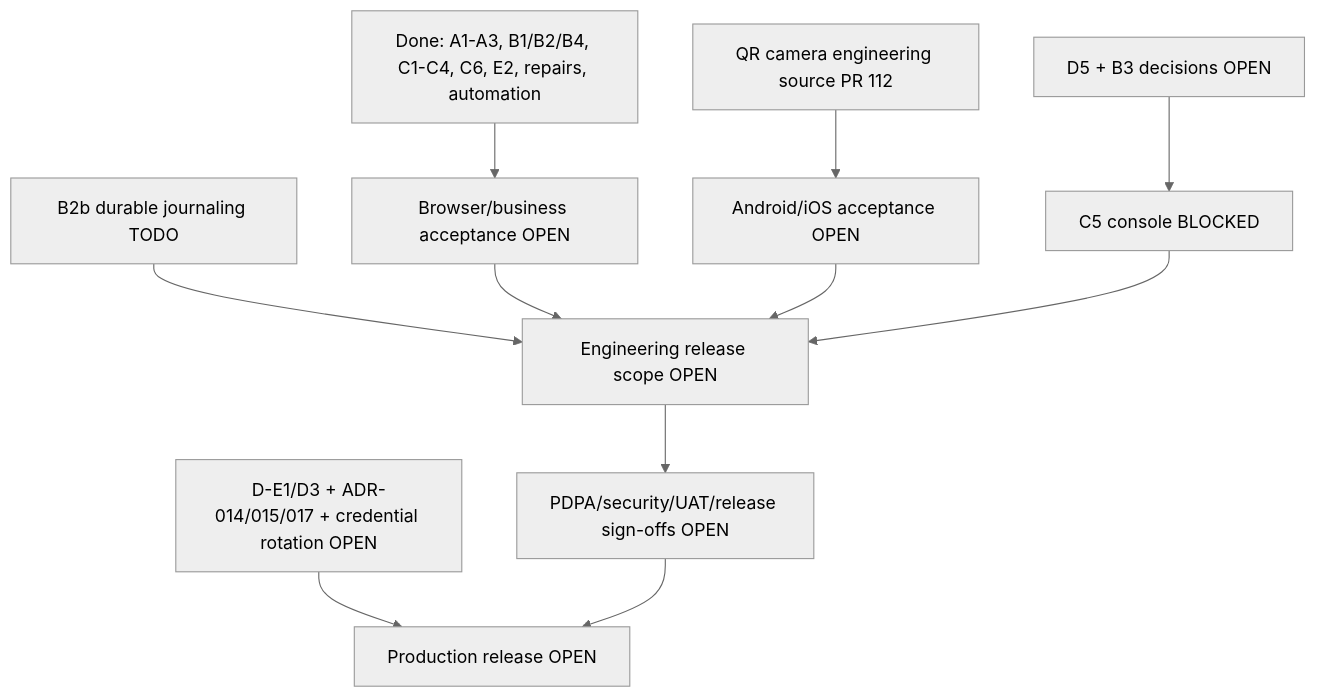
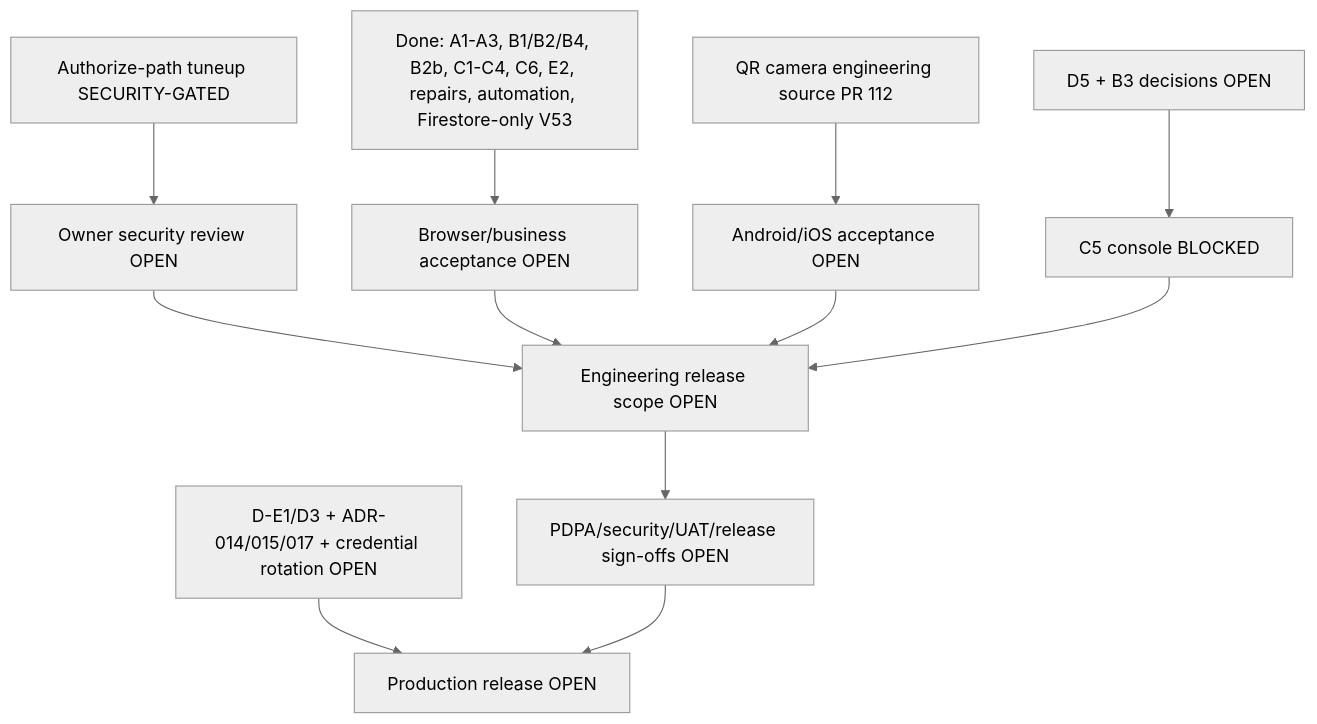
Before and after one commit to idev006/MT-Agency-Super-App-Framework: the second of 2 diagrams in apps/vehicle-contact/docs/PROJECT_HANDOVER.md, drawn with Mermaid (neutral theme). The commit also changed other lines of this file and 4 other files, not shown here.

First line of the commit message:
docs(p6vc): refresh handoff docs to V53/0.9.4 Firestore-only (Slice G verified)

````diff
--- a/apps/vehicle-contact/docs/PROJECT_HANDOVER.md
+++ b/apps/vehicle-contact/docs/PROJECT_HANDOVER.md
@@ -72,13 +73,14 @@
 ```mermaid
 flowchart TD
-  DONE[Done: A1-A3, B1/B2/B4, C1-C4, C6, E2, repairs, automation] --> BA[Browser/business acceptance OPEN]
+  DONE[Done: A1-A3, B1/B2/B4, B2b, C1-C4, C6, E2, repairs, automation, Firestore-only V53] --> BA[Browser/business acceptance OPEN]
   QR[QR camera engineering source PR 112] --> DEV[Android/iOS acceptance OPEN]
-  B2B[B2b durable journaling TODO] --> RC[Engineering release scope OPEN]
+  TUNE[Authorize-path tuneup SECURITY-GATED] --> SEC[Owner security review OPEN]
+  SEC --> RC[Engineering release scope OPEN]
   BA --> RC
   DEV --> RC
   DEC[D5 + B3 decisions OPEN] --> C5[C5 console BLOCKED]
   C5 --> RC
   RC --> SIGN[PDPA/security/UAT/release sign-offs OPEN]
   OTHER[D-E1/D3 + ADR-014/015/017 + credential rotation OPEN] --> REL[Production release OPEN]
   SIGN --> REL
 ```
````
